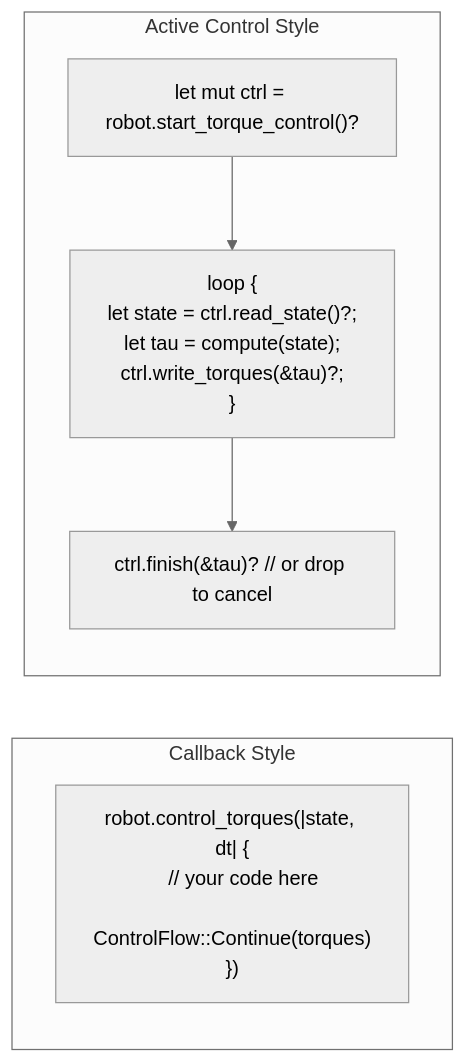
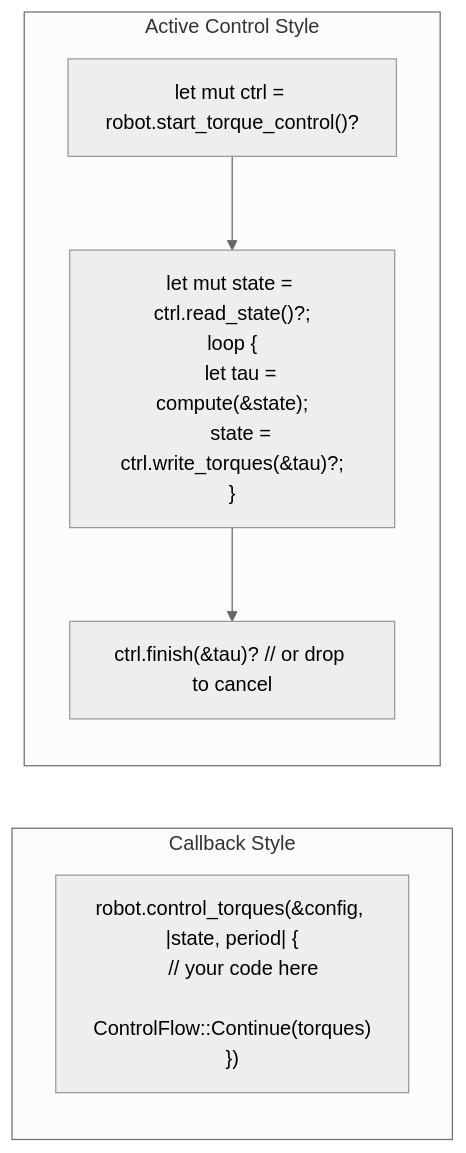
One commit to ColeTen/franka-rs changed the second of 3 diagrams in docs/src/modules/active-control.md. Above: the diagram before and after it, drawn with Mermaid (neutral theme). The commit also changed other lines of this file and 43 other files, not shown here.

````diff
--- a/docs/src/modules/active-control.md
+++ b/docs/src/modules/active-control.md
@@ -46,15 +46,15 @@
 ```mermaid
 flowchart LR
     subgraph "Callback Style"
         direction TB
-        CB_ROBOT["robot.control_torques(|state, dt| {<br/>    // your code here<br/>    ControlFlow::Continue(torques)<br/>})"]
+        CB_ROBOT["robot.control_torques(&config, |state, period| {<br/>    // your code here<br/>    ControlFlow::Continue(torques)<br/>})"]
     end
 
     subgraph "Active Control Style"
         direction TB
         AC_START["let mut ctrl = robot.start_torque_control()?"]
-        AC_LOOP["loop {<br/>    let state = ctrl.read_state()?;<br/>    let tau = compute(state);<br/>    ctrl.write_torques(&tau)?;<br/>}"]
+        AC_LOOP["let mut state = ctrl.read_state()?;<br/>loop {<br/>    let tau = compute(&state);<br/>    state = ctrl.write_torques(&tau)?;<br/>}"]
         AC_FINISH["ctrl.finish(&tau)? // or drop to cancel"]
         AC_START --> AC_LOOP --> AC_FINISH
     end
 ```
````
